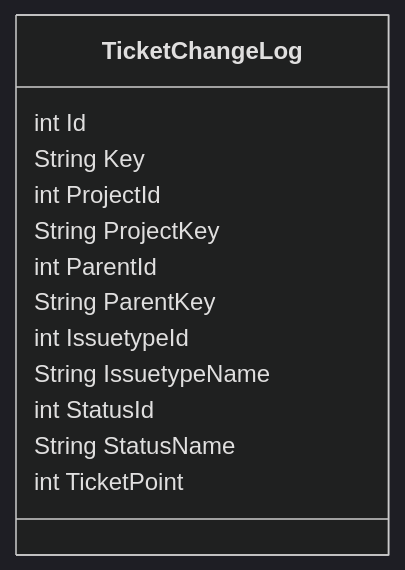
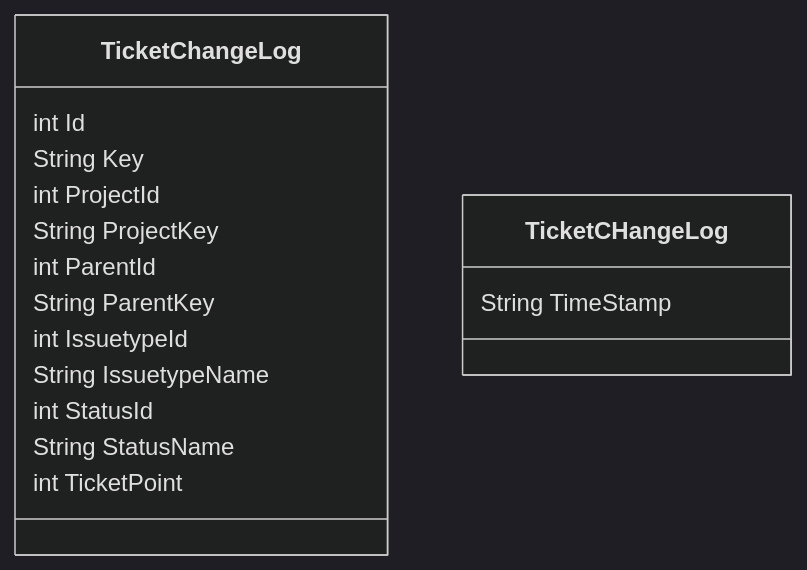
Before and after one commit to devops-opensource/devops-metrics: the diagram in README.md, drawn with Mermaid (dark theme).

````diff
--- a/README.md
+++ b/README.md
@@ -2,15 +2,16 @@
 ```mermaid
 classDiagram
   class TicketChangeLog
+  TicketCHangeLog : String TimeStamp
   TicketChangeLog : int Id
   TicketChangeLog : String Key
   TicketChangeLog : int ProjectId
   TicketChangeLog : String ProjectKey
   TicketChangeLog : int ParentId
   TicketChangeLog : String ParentKey
   TicketChangeLog : int IssuetypeId
   TicketChangeLog : String IssuetypeName
   TicketChangeLog : int StatusId
   TicketChangeLog : String StatusName
   TicketChangeLog : int TicketPoint
 ```
````
